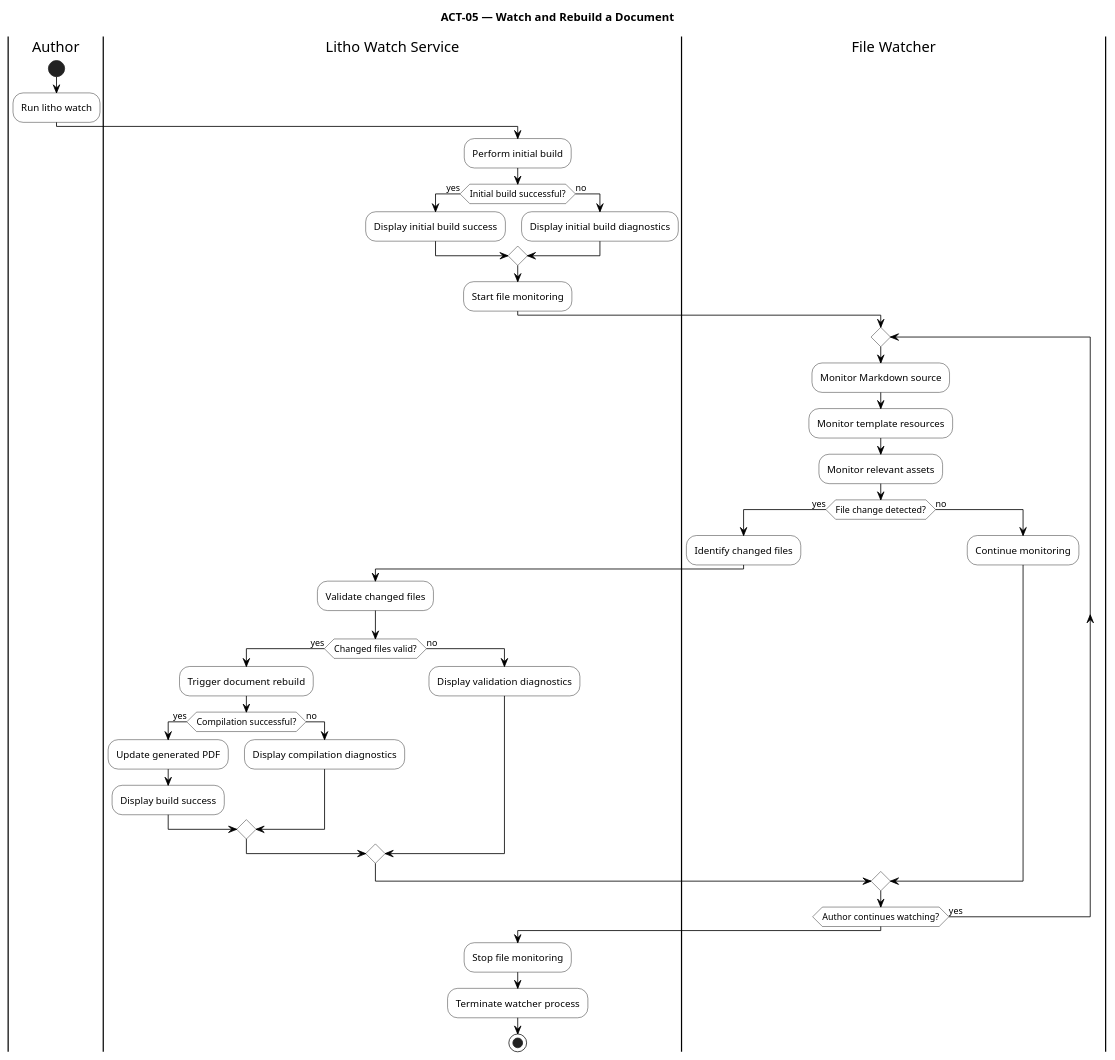
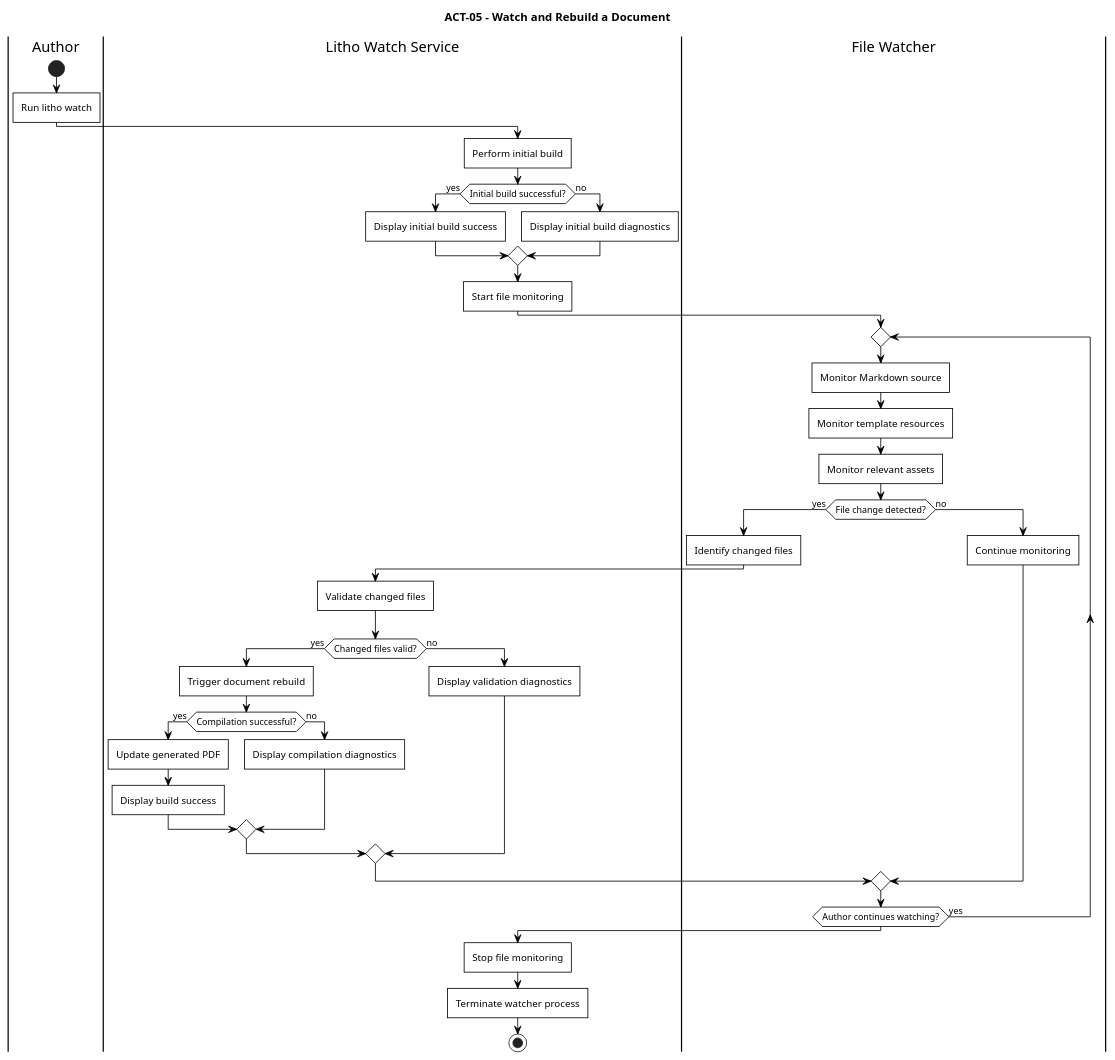
One commit to Litho-MD/uet-fyp-docs changed the diagram in diagrams/puml/activity/05-watch-rebuild.puml. Above: the diagram before and after it, drawn with PlantUML. The commit also changed 38 other files, not shown here.

Commit message:
fix(diagrams): add diamond merge loops to userflows, square borders to activities, and align security review text

```diff
--- a/diagrams/puml/activity/05-watch-rebuild.puml
+++ b/diagrams/puml/activity/05-watch-rebuild.puml
@@ -1,62 +1,65 @@
 @startuml
-title ACT-05 — Watch and Rebuild a Document
+title ACT-05 - Watch and Rebuild a Document
 
 skinparam monochrome true
 skinparam backgroundColor white
 skinparam shadowing false
+skinparam roundCorner 0
+skinparam defaultTextAlignment center
+skinparam activityBorderThickness 1
 skinparam activity {
     BackgroundColor white
     BorderColor black
     FontColor black
     DiamondBackgroundColor white
     DiamondBorderColor black
 }
 skinparam ArrowColor black
 skinparam defaultFontColor black
 
 |Author|
 start
 :Run litho watch;
 
 |Litho Watch Service|
 :Perform initial build;
 if (Initial build successful?) then (yes)
     :Display initial build success;
 else (no)
     :Display initial build diagnostics;
 endif
 :Start file monitoring;
 
 |File Watcher|
 repeat
     :Monitor Markdown source;
     :Monitor template resources;
     :Monitor relevant assets;
     if (File change detected?) then (yes)
         :Identify changed files;
 
         |Litho Watch Service|
         :Validate changed files;
         if (Changed files valid?) then (yes)
             :Trigger document rebuild;
             if (Compilation successful?) then (yes)
                 :Update generated PDF;
                 :Display build success;
             else (no)
                 :Display compilation diagnostics;
             endif
         else (no)
             :Display validation diagnostics;
         endif
 
         |File Watcher|
     else (no)
         :Continue monitoring;
     endif
 repeat while (Author continues watching?) is (yes)
 
 |Litho Watch Service|
 :Stop file monitoring;
 :Terminate watcher process;
 stop
 @enduml
```
